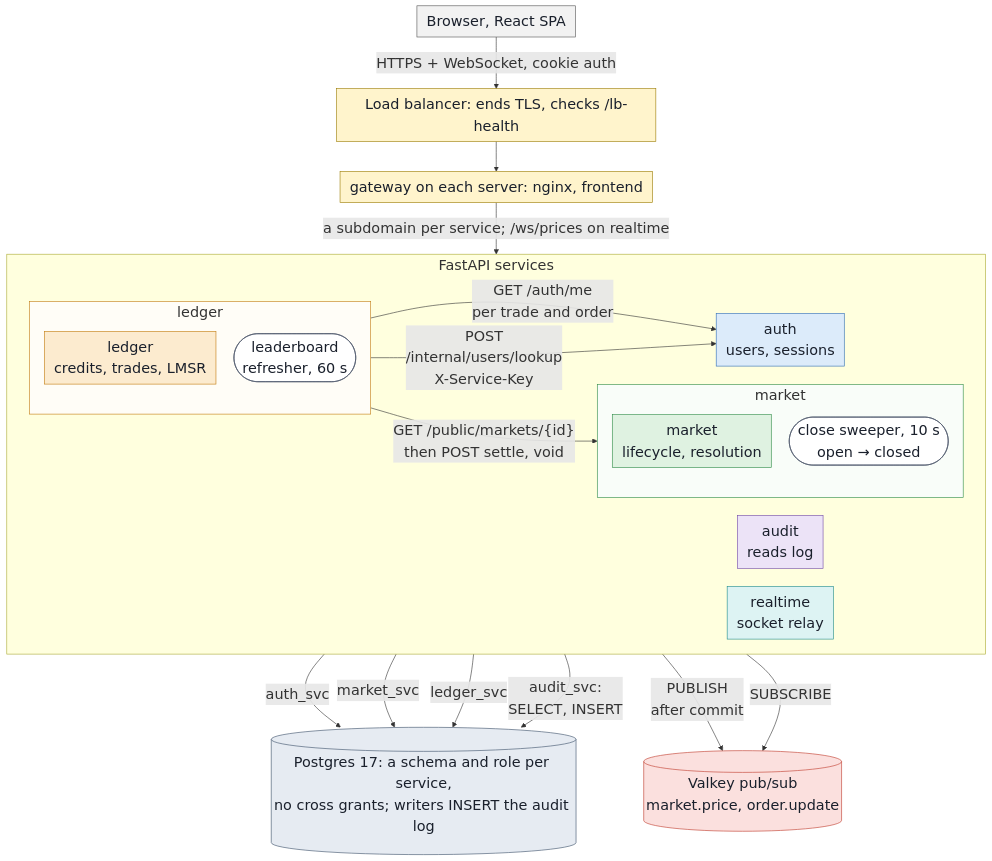
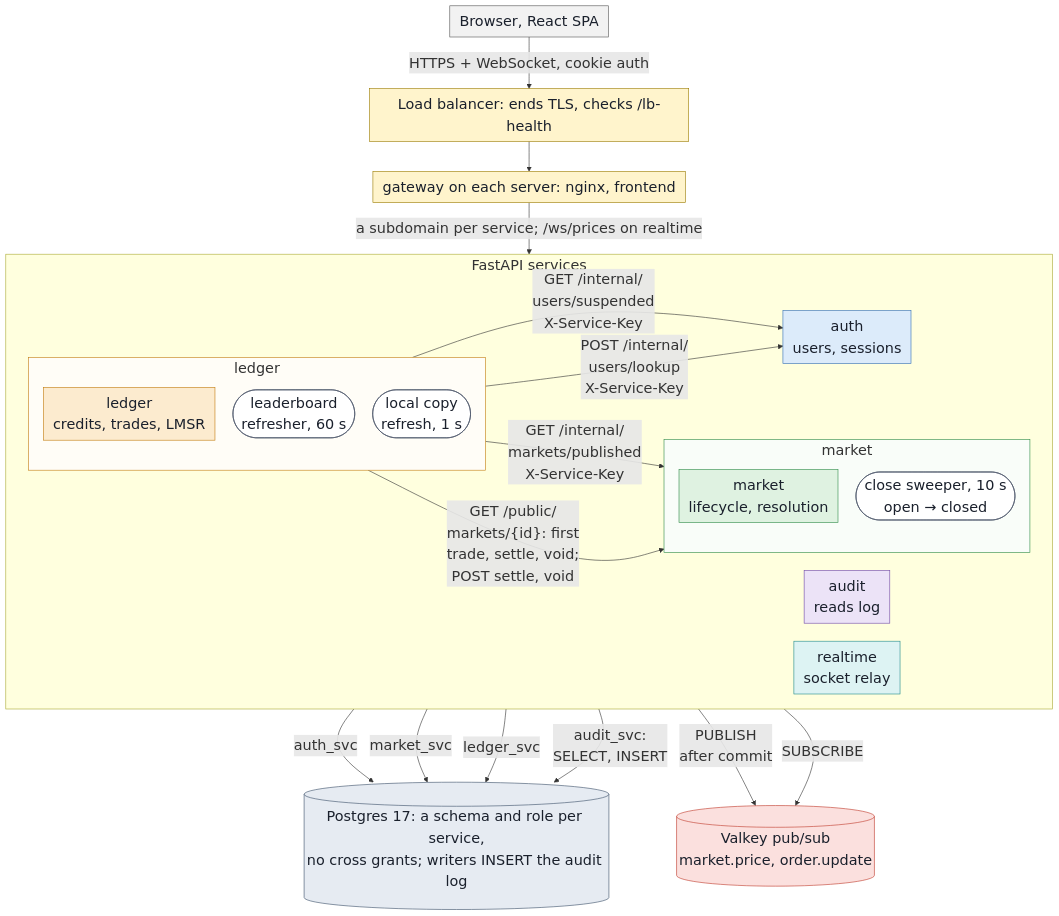
The diagram in docs/diagrams/01-system-architecture.mmd (decker757/CS464), drawn with Mermaid before and after one commit. The commit also changed 3 other files, not shown here.

First line of the commit message:
docs(diagrams): 01, 05 and 10 draw the ledger's local copy, and 10 the connection pools

```diff
--- a/docs/diagrams/01-system-architecture.mmd
+++ b/docs/diagrams/01-system-architecture.mmd
@@ -1,67 +1,76 @@
 %% 01 — System architecture
-%% Drawn from: ADR 0003, ADR 0006, ADR 0010, ADR 0011, ADR 0017, ADR 0019,
-%%   ADR 0021, ADR 0022, ADR 0025, ADR 0026, deploy/production/compose.yml,
+%% Drawn from: ADR 0003, ADR 0006, ADR 0010, ADR 0011, ADR 0017 and ADR 0022
+%%   (both as amended by ADR 0030), ADR 0019, ADR 0021, ADR 0025, ADR 0026,
+%%   ADR 0030, deploy/production/compose.yml,
 %%   deploy/production/gateway/default.conf.template, infra/terraform/load_balancer.tf,
 %%   docker-compose.yml, sql/01-roles.sql, sql/02-schemas.sql,
-%%   backend/ledger_service/service/{account_status,market_terms,user_directory,bus}.py,
+%%   backend/ledger_service/main.py (_start_copy_refreshers),
+%%   backend/ledger_service/service/{local_copy,market_terms,market_status,user_directory,bus}.py,
+%%   backend/ledger_service/service/{trading,books,settlement,voiding}.py,
 %%   backend/market_service/service/sweeper.py,
 %%   backend/ledger_service/service/leaderboard_refresher.py
+%% A trade calls nobody (ADR 0030): the copy job refreshes who is suspended and
+%% which markets are published about every second, and the trade reads it in
+%% memory. GET /public/markets/{id} is a book's first touch (books.ensure_open)
+%% and the read before settle and void (market_status.read_terms).
 %% Production: the load balancer, then the gateway on each server (02). Locally,
 %% compose publishes one port per service, 8000 to 8004, and no gateway runs; the
 %% scale stack puts one nginx in front (docs/horizontal-scaling.md). The bus is Valkey in
 %% production and Redis locally: the same protocol. Grants per schema: 05.
 %% Some labels join their words with U+00A0 so Mermaid keeps them on one line.
 %%{init: {"elk": {"lineHops": false}, "flowchart": {"wrappingWidth": 500, "padding": 8, "nodeSpacing": 30}, "themeVariables": {"fontSize": "24px"}}}%%
 flowchart TB
     browser["Browser, React SPA"]:::browser
     lb["Load balancer: ends TLS, checks /lb-health"]:::edge
     gateway["gateway on each server: nginx, frontend"]:::edge
     browser -->|"HTTPS + WebSocket, cookie auth"| lb
     lb --> gateway
 
     subgraph svc["FastAPI services"]
         direction LR
         audit["audit<br/>reads log"]:::audit
         subgraph mk["market"]
             direction TB
             market["market<br/>lifecycle, resolution"]:::market
             sweeper(["close sweeper, 10 s<br/>open → closed"]):::job
         end
         auth["auth<br/>users, sessions"]:::auth
         subgraph lg["ledger"]
             direction TB
             ledger["ledger<br/>credits, trades, LMSR"]:::ledger
             refresher(["leaderboard<br/>refresher, 60 s"]):::job
+            copy(["local copy<br/>refresh, 1 s"]):::job
         end
         realtime["realtime<br/>socket relay"]:::realtime
     end
 
     gateway -->|"a subdomain per service; /ws/prices on realtime"| svc
 
-    ledger -->|"GET /auth/me<br/>per trade and order"| auth
-    refresher -->|"POST<br/>/internal/users/lookup<br/>X-Service-Key"| auth
-    ledger -->|"GET /public/markets/{id}<br/>then POST settle, void"| market
+    copy -->|"GET /internal/<br/>users/suspended<br/>X-Service-Key"| auth
+    refresher -->|"POST /internal/<br/>users/lookup<br/>X-Service-Key"| auth
+    copy -->|"GET /internal/<br/>markets/published<br/>X-Service-Key"| market
+    ledger -->|"GET /public/<br/>markets/{id}: first<br/>trade, settle, void;<br/>POST settle, void"| market
 
     pg[("Postgres 17: a schema and role per service,<br/>no cross grants; writers INSERT the audit log")]:::pg
     redis[("Valkey pub/sub<br/>market.price, order.update")]:::redis
 
     auth -->|"auth_svc"| pg
     market -->|"market_svc"| pg
     ledger -->|"ledger_svc"| pg
     audit -->|"audit_svc:<br/>SELECT, INSERT"| pg
 
     ledger -->|"PUBLISH<br/>after commit"| redis
     realtime -->|"SUBSCRIBE"| redis
 
     classDef browser  fill:#F2F2F2,stroke:#555555,color:#1A202C
     classDef edge     fill:#FFF4CC,stroke:#9A7B00,color:#1A202C
     classDef auth     fill:#DCEBFA,stroke:#2F6DB5,color:#1A202C
     classDef market   fill:#DFF2E1,stroke:#2E8B47,color:#1A202C
     classDef ledger   fill:#FCEBCF,stroke:#C27C0E,color:#1A202C
     classDef audit    fill:#ECE3F7,stroke:#7048A8,color:#1A202C
     classDef realtime fill:#DDF3F3,stroke:#1F8A8A,color:#1A202C
     classDef pg       fill:#E6EBF2,stroke:#3B5068,color:#1A202C
     classDef redis    fill:#FBE0DE,stroke:#C0392B,color:#1A202C
     classDef job      fill:#FFFFFF,stroke:#4A5568,color:#1A202C
     style mk fill:#F9FDF9,stroke:#2E8B47
     style lg fill:#FFFDF7,stroke:#C27C0E
```
